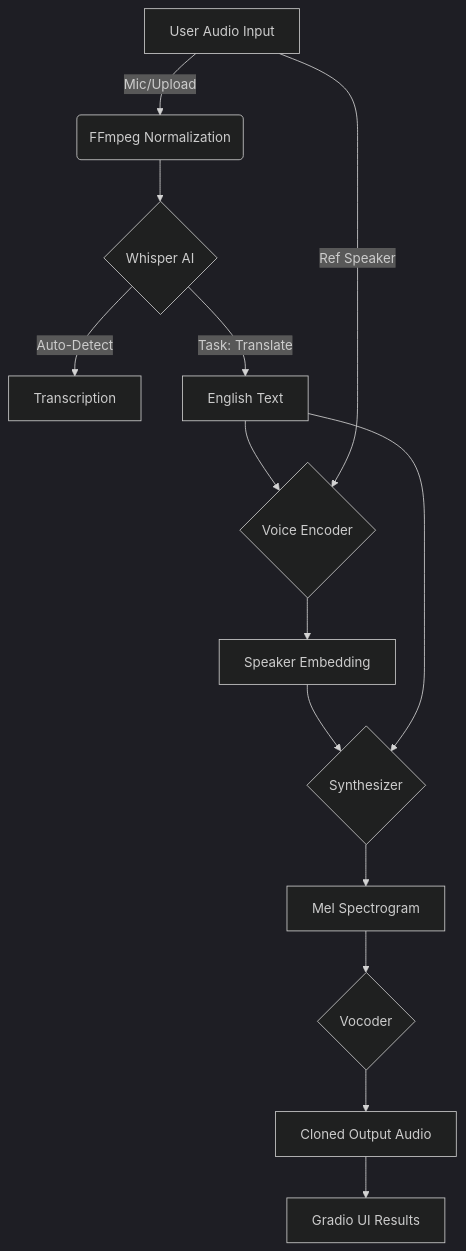
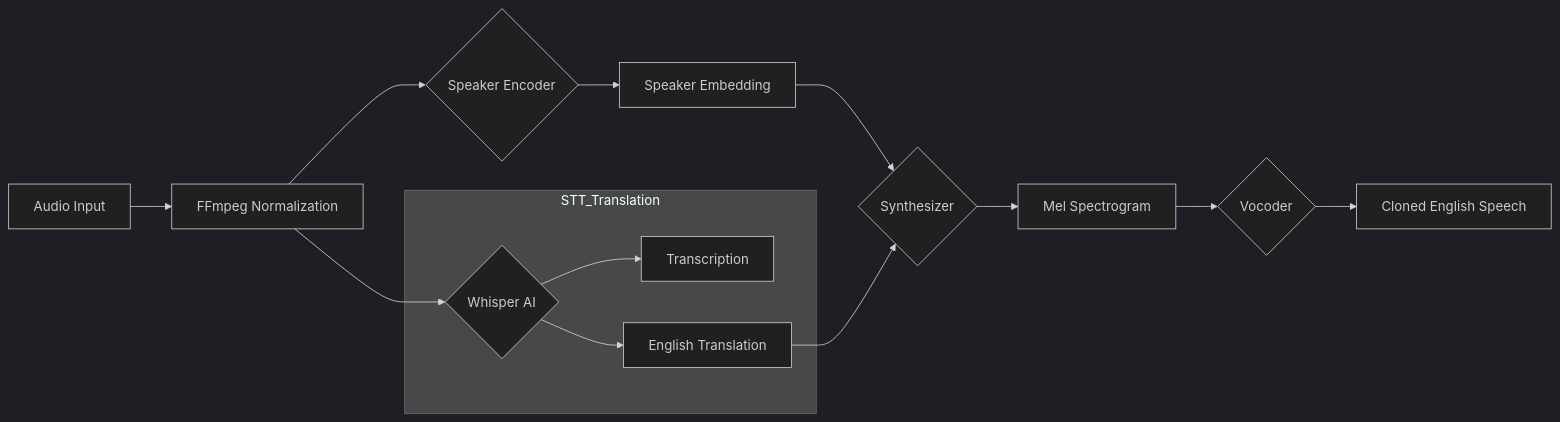
The diagram in README.md (AmanDevNet/Multilingual-Voice-Translation-System), drawn with Mermaid (dark theme) before and after one commit. The commit also changed other lines of this file, not shown here.

````diff
--- a/README.md
+++ b/README.md
@@ -26,16 +36,20 @@
 ```mermaid
-graph TD
-    A[User Audio Input] -->|Mic/Upload| B(FFmpeg Normalization)
-    B --> C{Whisper AI}
-    C -->|Auto-Detect| D[Transcription]
-    C -->|Task: Translate| E[English Text]
-    E --> F{Voice Encoder}
-    A -->|Ref Speaker| F
-    F --> G[Speaker Embedding]
-    G --> H{Synthesizer}
-    E --> H
-    H --> I[Mel Spectrogram]
-    I --> J{Vocoder}
-    J --> K[Cloned Output Audio]
-    K --> L[Gradio UI Results]
+graph LR
+    Input[Audio Input] --> Norm[FFmpeg Normalization]
+    Norm --> Whisper{Whisper AI}
+    
+    subgraph STT_Translation
+        Whisper --> Trans[Transcription]
+        Whisper --> Translation[English Translation]
+    end
+    
+    Norm --> Encoder{Speaker Encoder}
+    Encoder --> Embedding[Speaker Embedding]
+    
+    Embedding --> Synthesizer{Synthesizer}
+    Translation --> Synthesizer
+    
+    Synthesizer --> Spectrogram[Mel Spectrogram]
+    Spectrogram --> Vocoder{Vocoder}
+    Vocoder --> Output[Cloned English Speech]
 ```
````
